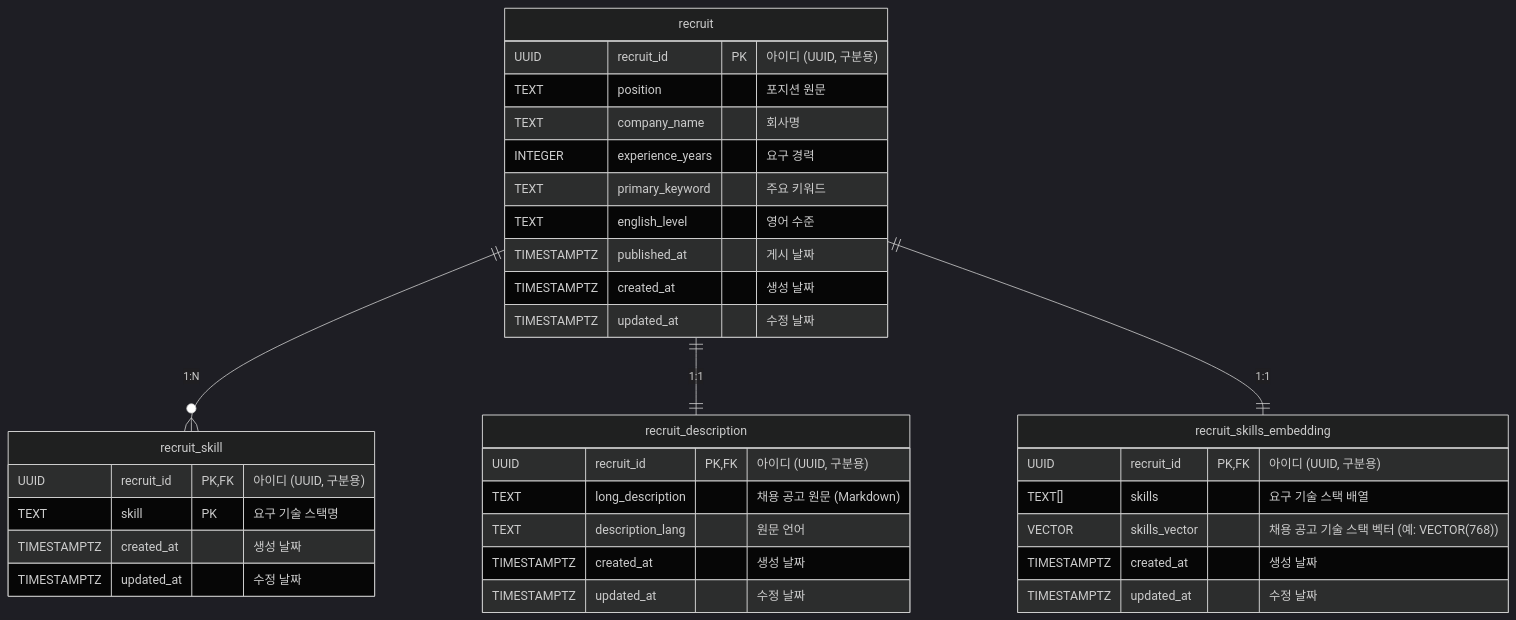
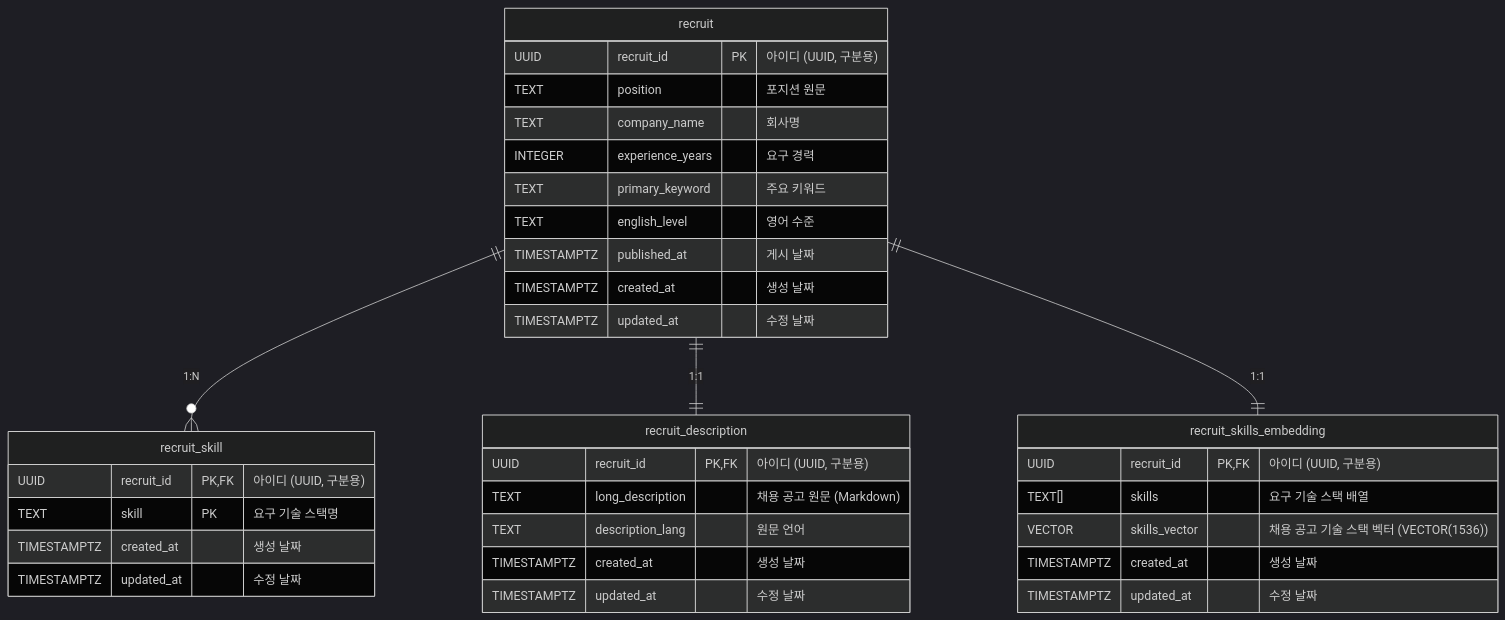
Before and after one commit to Alpha-Match/Alpha-Match: the third of 4 diagrams in Backend/docs/table_specification.md, drawn with Mermaid (dark theme). The commit also changed other lines of this file and 14 other files, not shown here.

````diff
--- a/Backend/docs/table_specification.md
+++ b/Backend/docs/table_specification.md
@@ -255,42 +268,42 @@
 ```mermaid
 erDiagram
     recruit {
         UUID recruit_id PK "아이디 (UUID, 구분용)"
         TEXT position "포지션 원문"
         TEXT company_name "회사명"
         INTEGER experience_years "요구 경력"
         TEXT primary_keyword "주요 키워드"
         TEXT english_level "영어 수준"
         TIMESTAMPTZ published_at "게시 날짜"
         TIMESTAMPTZ created_at "생성 날짜"
         TIMESTAMPTZ updated_at "수정 날짜"
     }
 
     recruit_skill {
         UUID recruit_id PK,FK "아이디 (UUID, 구분용)"
         TEXT skill PK "요구 기술 스택명"
         TIMESTAMPTZ created_at "생성 날짜"
         TIMESTAMPTZ updated_at "수정 날짜"
     }
 
     recruit_description {
         UUID recruit_id PK,FK "아이디 (UUID, 구분용)"
         TEXT long_description "채용 공고 원문 (Markdown)"
         TEXT description_lang " 원문 언어"
         TIMESTAMPTZ created_at "생성 날짜"
         TIMESTAMPTZ updated_at "수정 날짜"
     }
 
     recruit_skills_embedding {
         UUID recruit_id PK,FK "아이디 (UUID, 구분용)"
         TEXT[] skills "요구 기술 스택 배열"
-        VECTOR skills_vector "채용 공고 기술 스택 벡터 (예: VECTOR(768))"
+        VECTOR skills_vector "채용 공고 기술 스택 벡터 (VECTOR(1536))"
         TIMESTAMPTZ created_at "생성 날짜"
         TIMESTAMPTZ updated_at "수정 날짜"
     }
 
     recruit ||--o{ recruit_skill : "1:N"
     recruit ||--|| recruit_description : "1:1"
     recruit ||--|| recruit_skills_embedding : "1:1"
 
 ```
````
